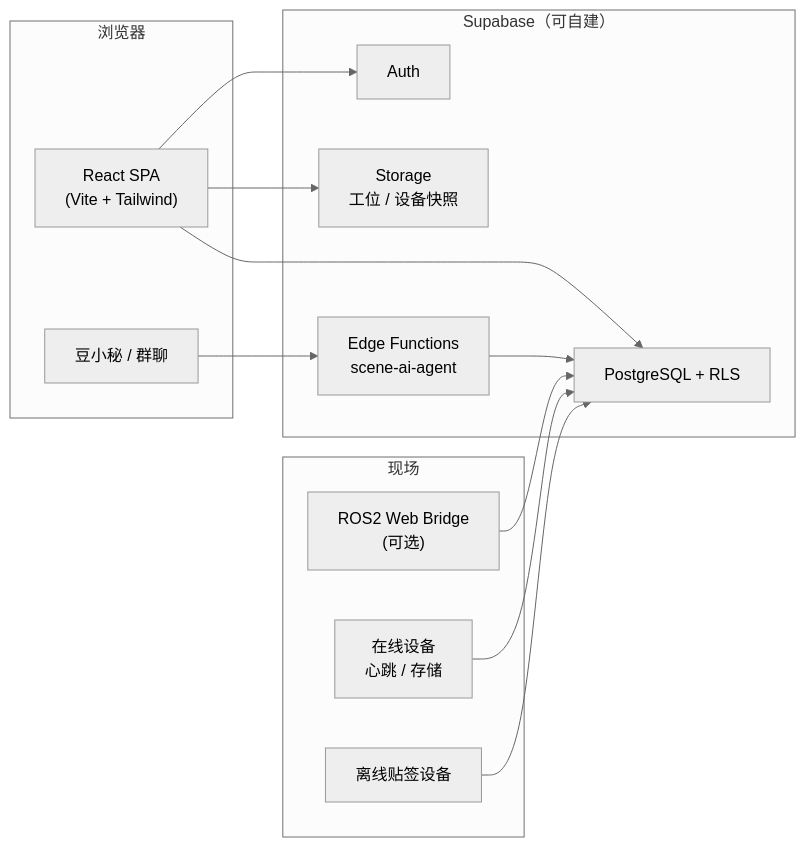
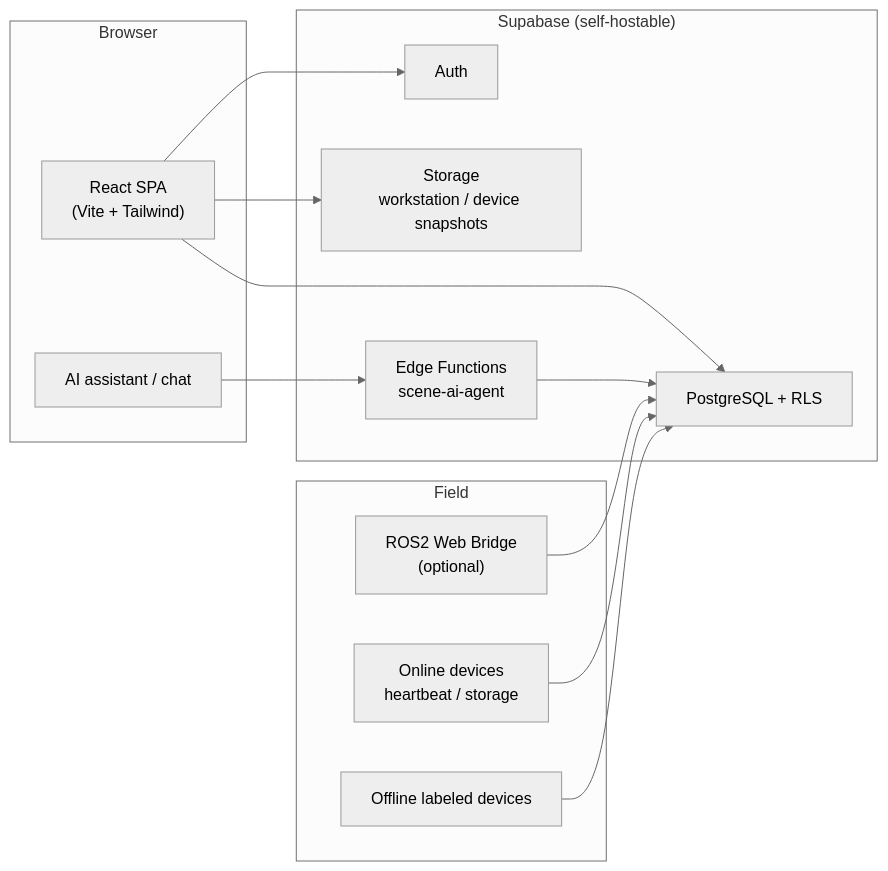
One commit to Zhu-Qianyu/UPAIego-management changed the diagram in README.md. Above: the diagram before and after it, drawn with Mermaid (neutral theme). The commit also changed other lines of this file and 1 other file, not shown here.

````diff
--- a/README.md
+++ b/README.md
@@ -103,29 +105,29 @@
 ```mermaid
 flowchart LR
-  subgraph Client["浏览器"]
+  subgraph Client["Browser"]
     SPA["React SPA\n(Vite + Tailwind)"]
-    Bot["豆小秘 / 群聊"]
+    Bot["AI assistant / chat"]
   end
 
-  subgraph Supabase["Supabase（可自建）"]
+  subgraph Supabase["Supabase (self-hostable)"]
     Auth["Auth"]
     PG["PostgreSQL + RLS"]
-    Storage["Storage\n工位 / 设备快照"]
+    Storage["Storage\nworkstation / device snapshots"]
     Edge["Edge Functions\nscene-ai-agent"]
   end
 
-  subgraph EdgeHW["现场"]
-    Online["在线设备\n心跳 / 存储"]
-    Offline["离线贴签设备"]
-    Board["ROS2 Web Bridge\n(可选)"]
+  subgraph EdgeHW["Field"]
+    Online["Online devices\nheartbeat / storage"]
+    Offline["Offline labeled devices"]
+    Board["ROS2 Web Bridge\n(optional)"]
   end
 
   SPA --> Auth
   SPA --> PG
   SPA --> Storage
   Bot --> Edge
   Edge --> PG
   Board --> PG
   Online --> PG
   Offline --> PG
 ```
````
